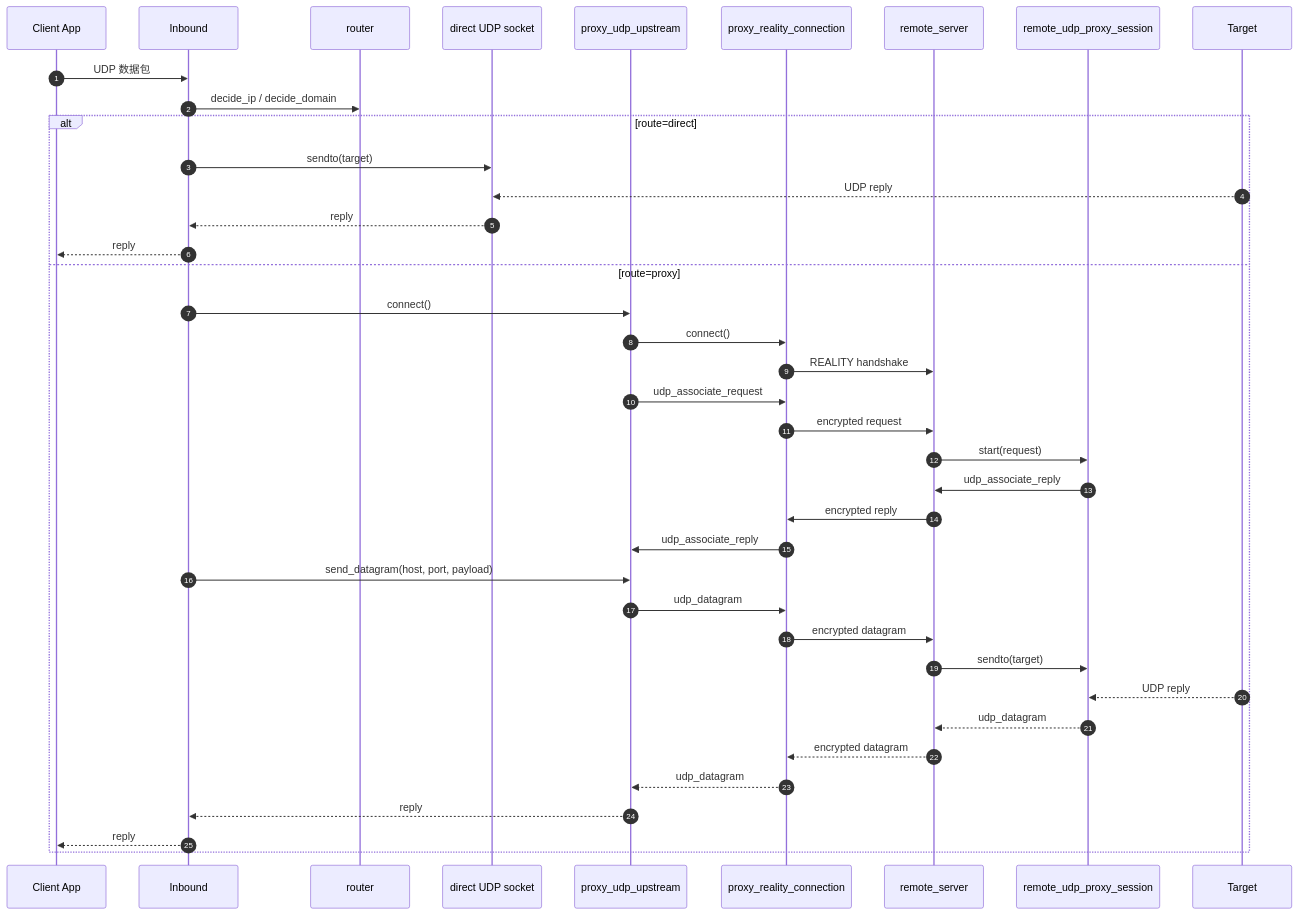
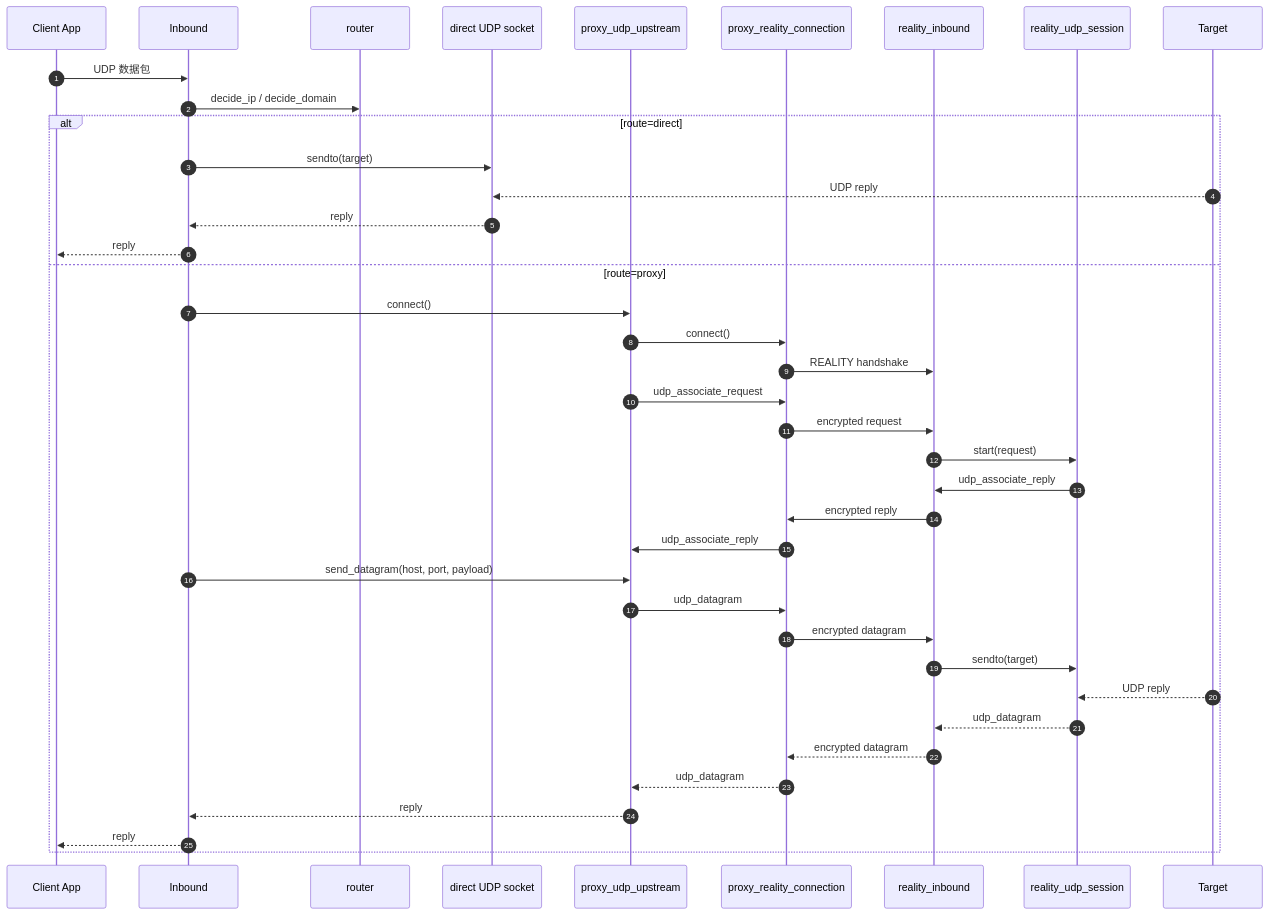
Before and after one commit to gyl30/socks: the third of 5 diagrams in doc/flow.md, drawn with Mermaid. The commit also changed other lines of this file and 3 other files, not shown here.

Commit message:
docs(architecture): 同步重构后的入口和reality命名

````diff
--- a/doc/flow.md
+++ b/doc/flow.md
@@ -125,44 +125,44 @@
 ```mermaid
 sequenceDiagram
   autonumber
   participant App as Client App
   participant Inb as Inbound
   participant Router as router
   participant Direct as direct UDP socket
   participant ProxyUdp as proxy_udp_upstream
   participant Conn as proxy_reality_connection
-  participant Server as remote_server
-  participant RUdp as remote_udp_proxy_session
+  participant Server as reality_inbound
+  participant RUdp as reality_udp_session
   participant Target as Target
 
   App->>Inb: UDP 数据包
   Inb->>Router: decide_ip / decide_domain
 
   alt route=direct
     Inb->>Direct: sendto(target)
     Target-->>Direct: UDP reply
     Direct-->>Inb: reply
     Inb-->>App: reply
   else route=proxy
     Inb->>ProxyUdp: connect()
     ProxyUdp->>Conn: connect()
     Conn->>Server: REALITY handshake
     ProxyUdp->>Conn: udp_associate_request
     Conn->>Server: encrypted request
     Server->>RUdp: start(request)
     RUdp->>Server: udp_associate_reply
     Server->>Conn: encrypted reply
     Conn->>ProxyUdp: udp_associate_reply
 
     Inb->>ProxyUdp: send_datagram(host, port, payload)
     ProxyUdp->>Conn: udp_datagram
     Conn->>Server: encrypted datagram
     Server->>RUdp: sendto(target)
     Target-->>RUdp: UDP reply
     RUdp-->>Server: udp_datagram
     Server-->>Conn: encrypted datagram
     Conn-->>ProxyUdp: udp_datagram
     ProxyUdp-->>Inb: reply
     Inb-->>App: reply
   end
 ```
````
